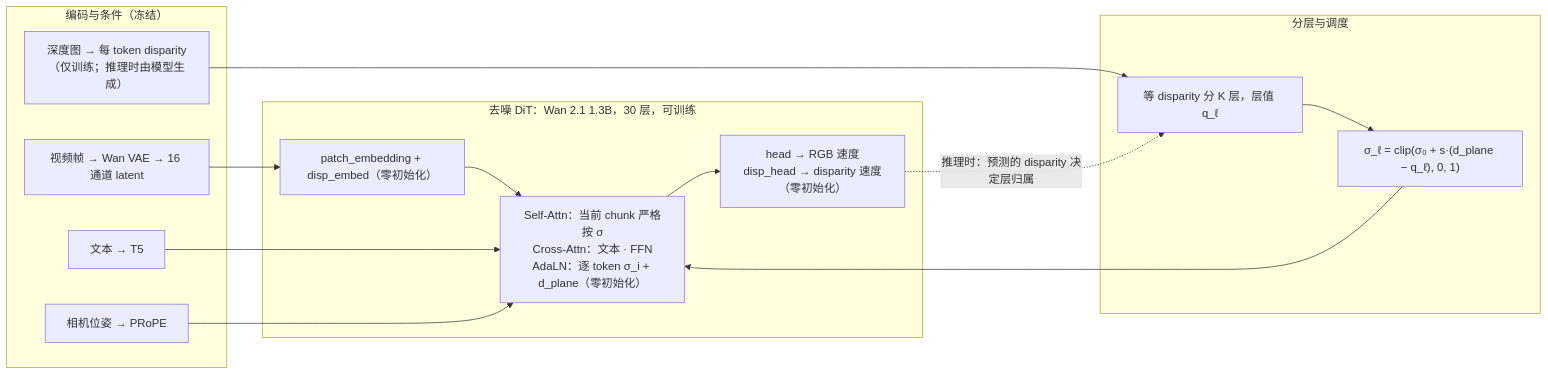
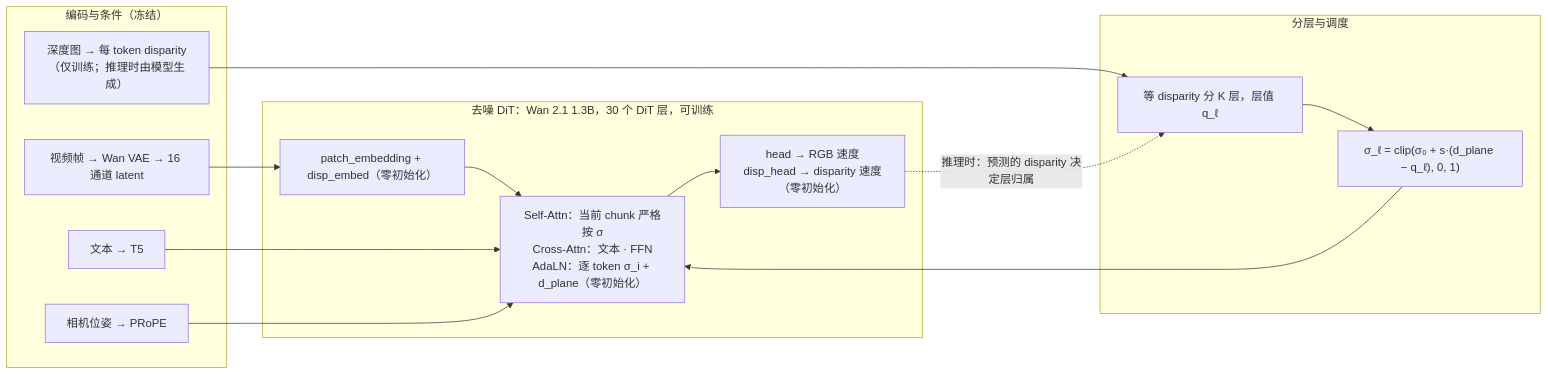
The second of 3 diagrams in docs/WaveFront_Proposal.md (legallchaperone/WaveFront), drawn with Mermaid before and after one commit. The commit also changed other lines of this file and 2 other files, not shown here.

````diff
--- a/docs/WaveFront_Proposal.md
+++ b/docs/WaveFront_Proposal.md
@@ -199,25 +199,25 @@
 ```mermaid
 flowchart LR
     subgraph ENC["编码与条件（冻结）"]
         TXT["文本 → T5"]
         CAM["相机位姿 → PRoPE"]
         VID["视频帧 → Wan VAE → 16 通道 latent"]
         DEP["深度图 → 每 token disparity<br/>（仅训练；推理时由模型生成）"]
     end
     subgraph SCH["分层与调度"]
         LAY["等 disparity 分 K 层，层值 q_ℓ"]
         SIG["σ_ℓ = clip(σ₀ + s·(d_plane − q_ℓ), 0, 1)"]
     end
-    subgraph DIT["去噪 DiT：Wan 2.1 1.3B，30 层，可训练"]
+    subgraph DIT["去噪 DiT：Wan 2.1 1.3B，30 个 DiT 层，可训练"]
         IN["patch_embedding + disp_embed（零初始化）"]
         BLK["Self-Attn：当前 chunk 严格按 σ<br/>Cross-Attn：文本 · FFN<br/>AdaLN：逐 token σ_i + d_plane（零初始化）"]
         OUT["head → RGB 速度<br/>disp_head → disparity 速度（零初始化）"]
         IN --> BLK --> OUT
     end
     VID --> IN
     DEP --> LAY
     LAY --> SIG --> BLK
     TXT --> BLK
     CAM --> BLK
     OUT -. 推理时：预测的 disparity 决定层归属 .-> LAY
 ```
````
